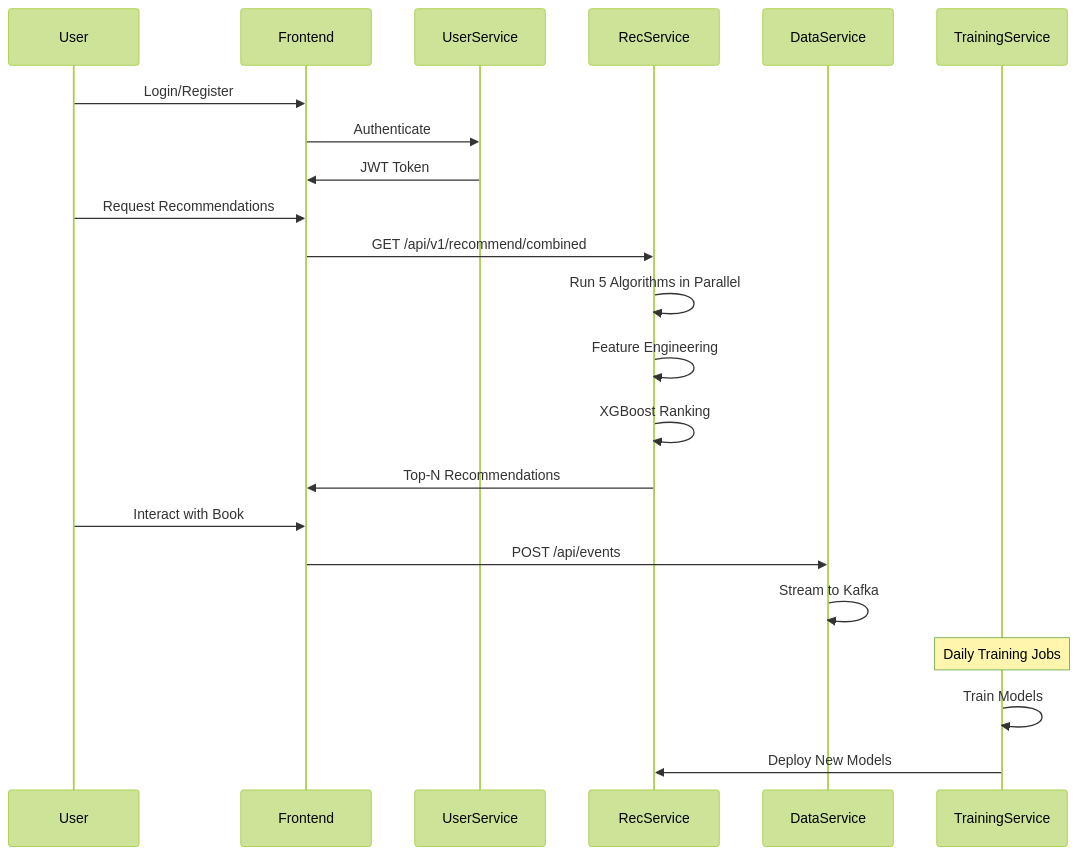
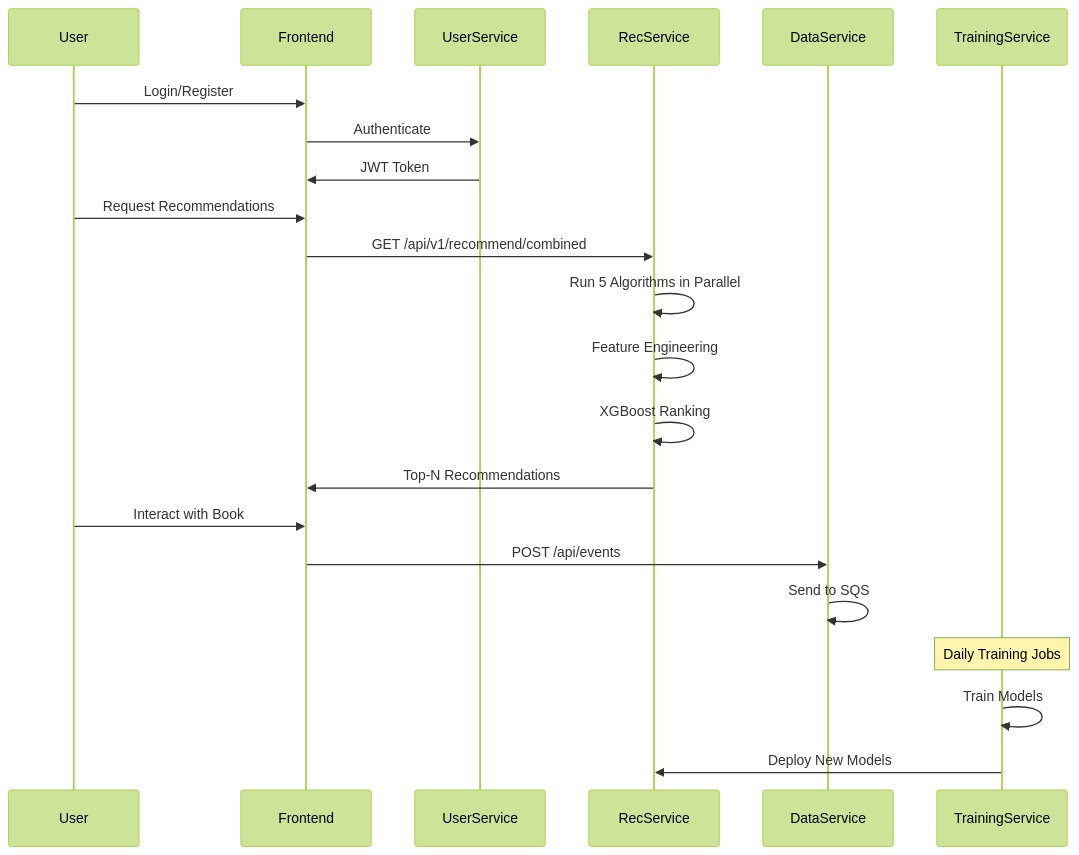
One commit to RAAHUL-tech/BibliophileAI changed the tenth of 10 diagrams in README.md. Above: the diagram before and after it, drawn with Mermaid (forest theme). The commit also changed other lines of this file and 101 other files, not shown here.

````diff
--- a/README.md
+++ b/README.md
@@ -533,28 +777,28 @@
 ```mermaid
 sequenceDiagram
     participant User
     participant Frontend
     participant UserService
     participant RecService
     participant DataService
     participant TrainingService
     
     User->>Frontend: Login/Register
     Frontend->>UserService: Authenticate
     UserService->>Frontend: JWT Token
     
     User->>Frontend: Request Recommendations
     Frontend->>RecService: GET /api/v1/recommend/combined
     RecService->>RecService: Run 5 Algorithms in Parallel
     RecService->>RecService: Feature Engineering
     RecService->>RecService: XGBoost Ranking
     RecService->>Frontend: Top-N Recommendations
     
     User->>Frontend: Interact with Book
     Frontend->>DataService: POST /api/events
-    DataService->>DataService: Stream to Kafka
+    DataService->>DataService: Send to SQS
     
     Note over TrainingService: Daily Training Jobs
     TrainingService->>TrainingService: Train Models
     TrainingService->>RecService: Deploy New Models
 ```
````
